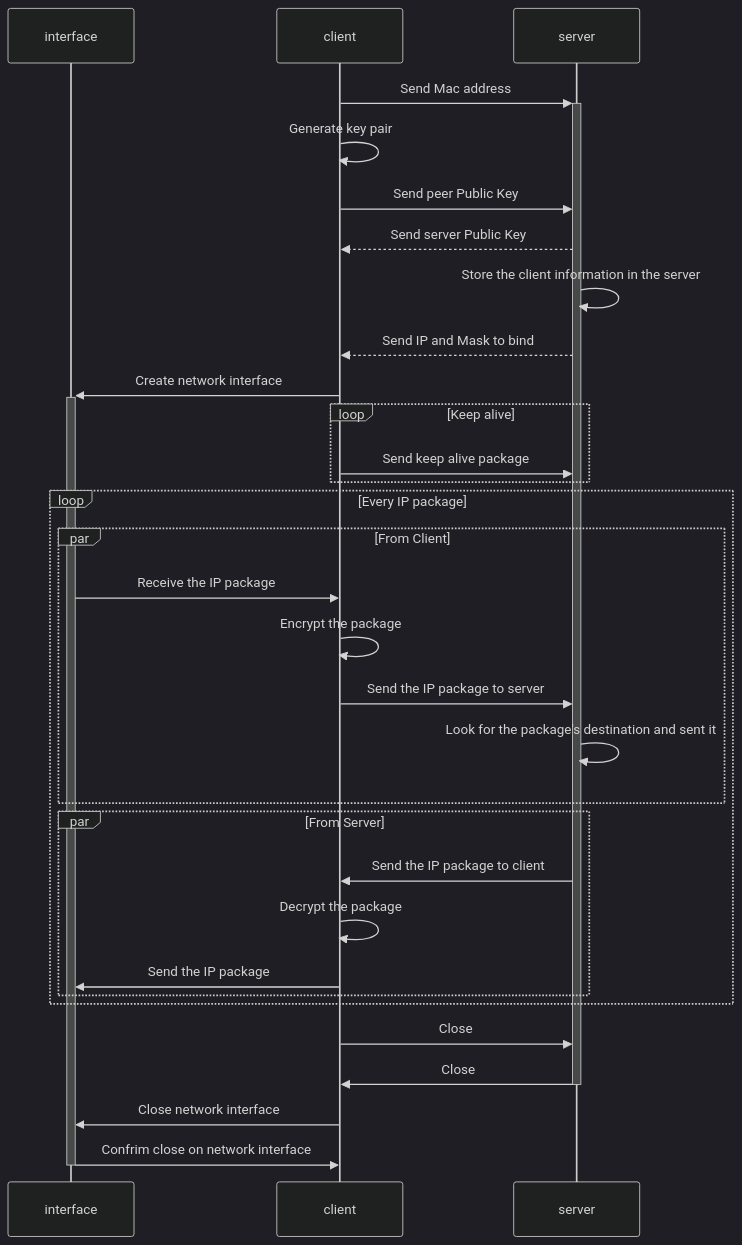
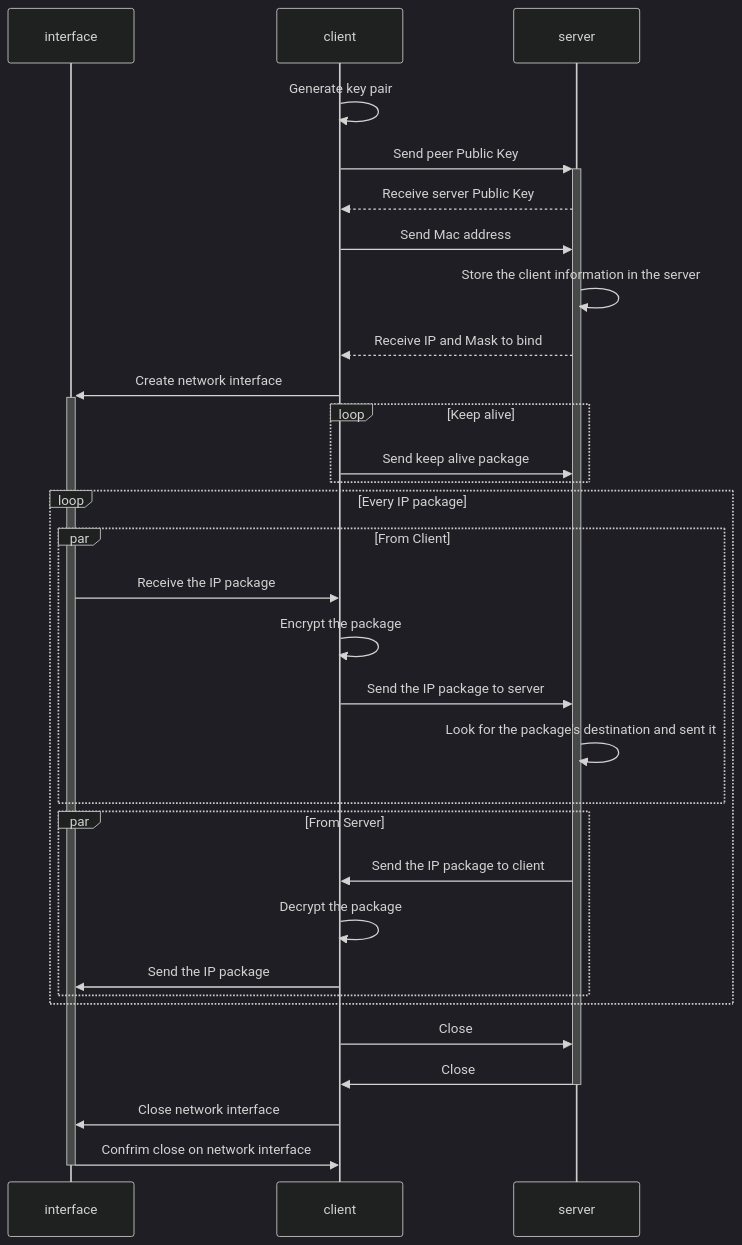
The diagram in README.md (henrybarreto/minivpn), drawn with Mermaid (dark theme) before and after one commit. The commit also changed 2 other files, not shown here.

Commit message:
aHs7DqjNWZHIC41L+u/rlFH4bS4i9sGJoOIIrcQ5l9c=

````diff
--- a/README.md
+++ b/README.md
@@ -25,36 +25,36 @@
 ```mermaid
 sequenceDiagram
 participant interface
 participant client
 participant server
-client ->>+ server: Send Mac address
 client ->> client: Generate key pair
-client ->> server: Send peer Public Key
-server -->> client: Send server Public Key
+client ->>+ server: Send peer Public Key
+server -->> client: Receive server Public Key
+client ->> server: Send Mac address
 server ->> server: Store the client information in the server
-server -->> client: Send IP and Mask to bind
+server -->> client: Receive IP and Mask to bind
 client ->>+ interface: Create network interface
 
 loop Keep alive
     client ->> server: Send keep alive package
 end
 
 loop Every IP package
     par From Client
     interface ->> client: Receive the IP package
     client ->> client: Encrypt the package
     client ->> server: Send the IP package to server
     server ->> server: Look for the package's destination and sent it
     end
     par From Server
     server ->> client: Send the IP package to client
     client ->> client: Decrypt the package
     client ->> interface: Send the IP package
     end
 end
 
 client ->> server: Close
 server ->>- client: Close
 client ->> interface: Close network interface
 interface ->>- client: Confrim close on network interface
 ```
````
